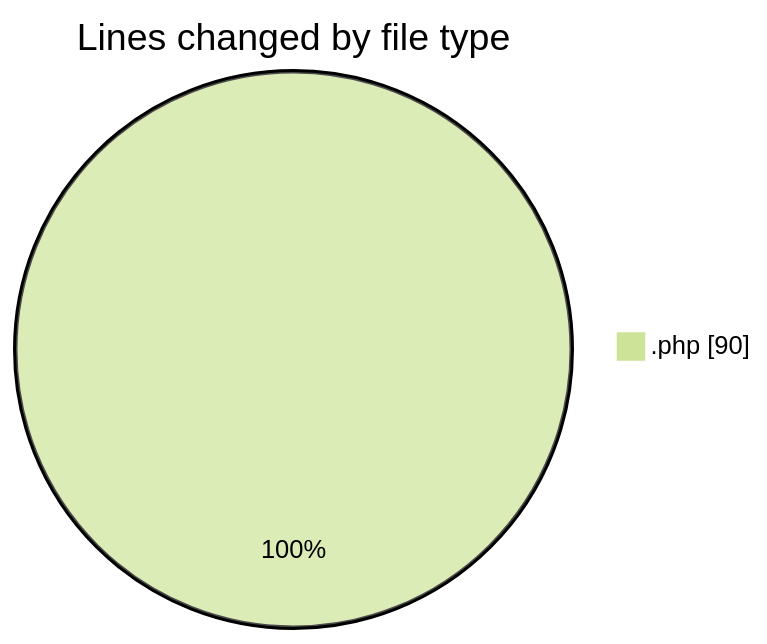
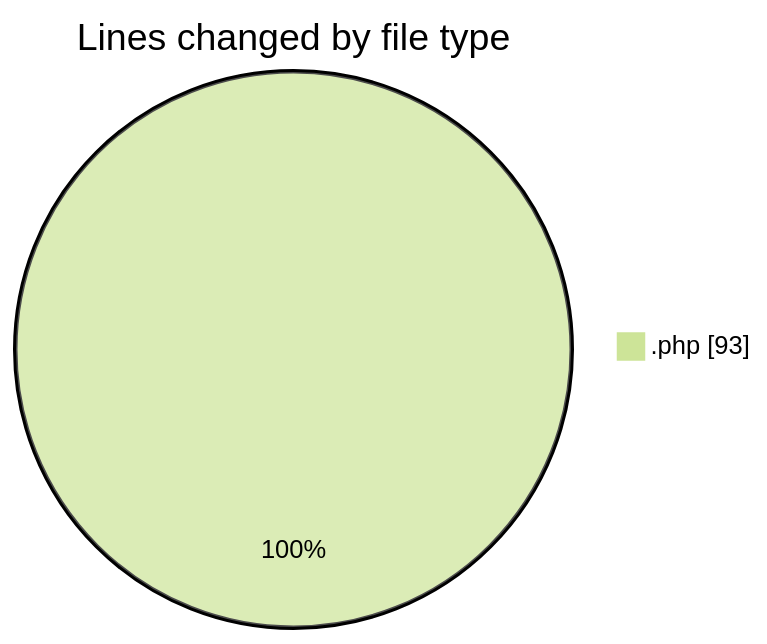
One commit to LanceThiago/code-tracking changed the first of 2 diagrams in 2025-01-15/oficina/README.md. Above: the diagram before and after it, drawn with Mermaid (forest theme). The commit also changed other lines of this file and 1 other file, not shown here.

````diff
--- a/2025-01-15/oficina/README.md
+++ b/2025-01-15/oficina/README.md
@@ -21,5 +21,5 @@
 ```mermaid
 pie showData
 title Lines changed by file type
-".php" : 90
+".php" : 93
 ```
````
